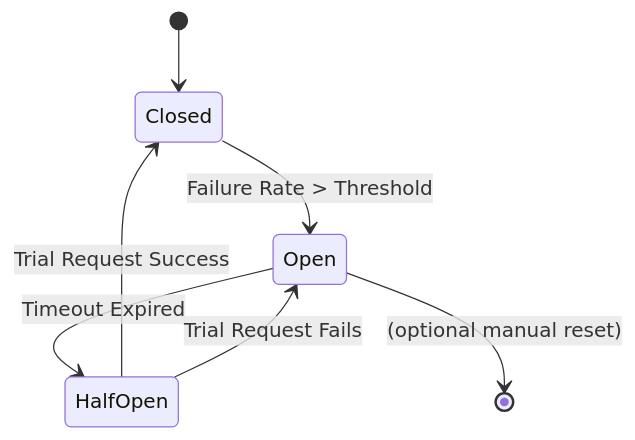
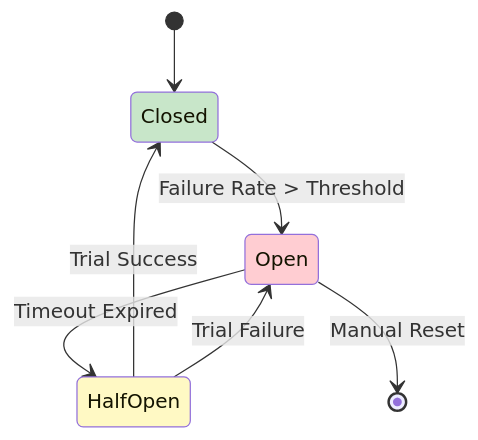
Before and after one commit to Leito2/Learning: the third of 4 diagrams in Software Engineering/02 - Go Engineering/03 - Microservices with Go/05 - Rate Limiting and Circuit Breakers.md, drawn with Mermaid. The commit also changed other lines of this file and 41 other files, not shown here.

````diff
--- a/Software Engineering/02 - Go Engineering/03 - Microservices with Go/05 - Rate Limiting and Circuit Breakers.md
+++ b/Software Engineering/02 - Go Engineering/03 - Microservices with Go/05 - Rate Limiting and Circuit Breakers.md
@@ -42,9 +446,13 @@
 ```mermaid
 stateDiagram-v2
     [*] --> Closed
     Closed --> Open : Failure Rate > Threshold
     Open --> HalfOpen : Timeout Expired
-    HalfOpen --> Closed : Trial Request Success
-    HalfOpen --> Open : Trial Request Fails
-    Open --> [*] : (optional manual reset)
+    HalfOpen --> Closed : Trial Success
+    HalfOpen --> Open : Trial Failure
+    Open --> [*] : Manual Reset
+
+    style Closed fill:#c8e6c9
+    style Open fill:#ffcdd2
+    style HalfOpen fill:#fff9c4
 ```
````
